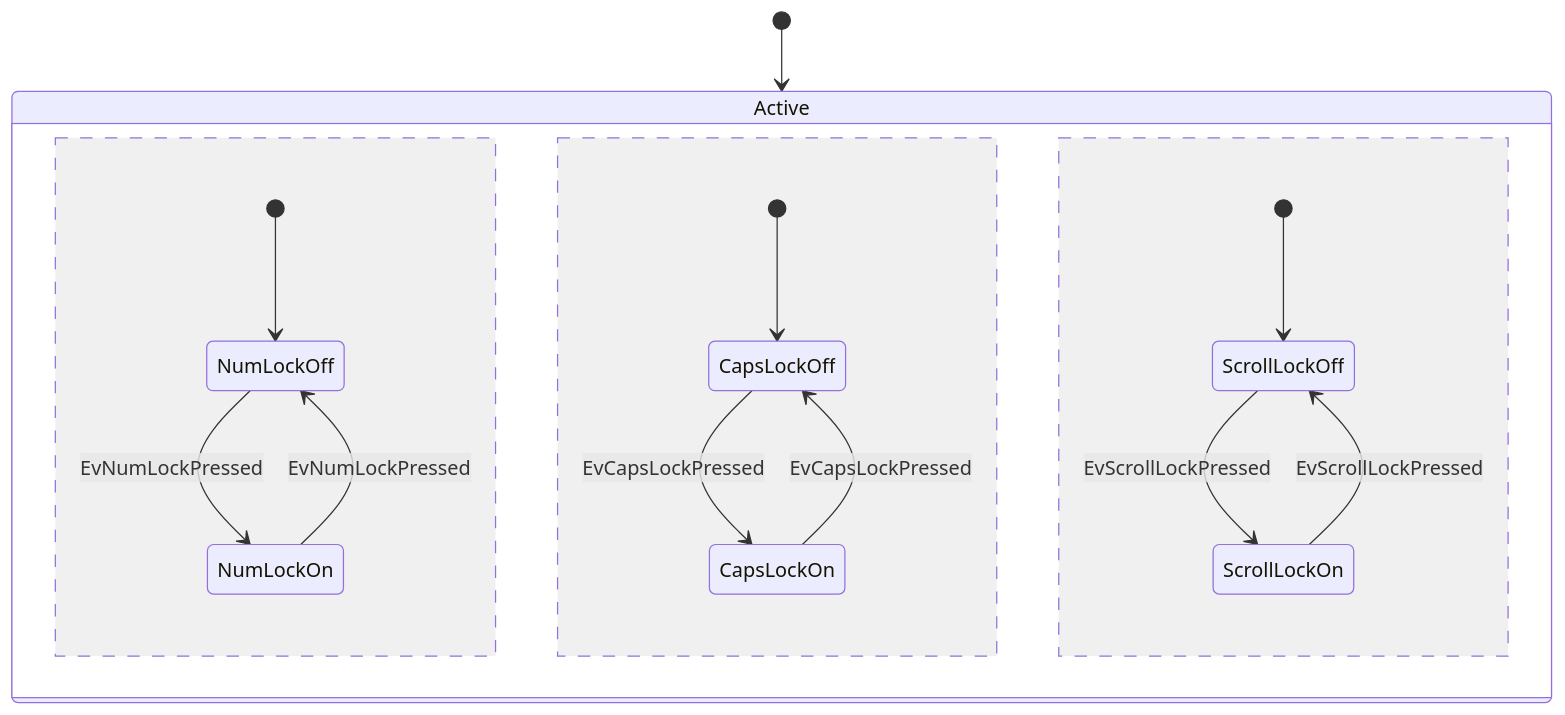
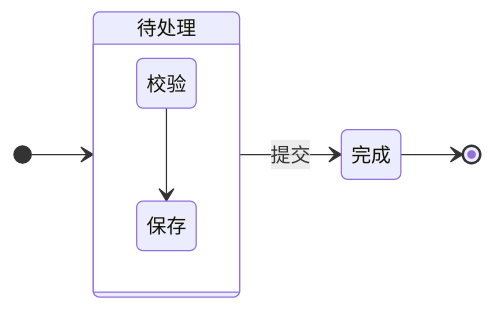
One commit to sj-shijin/hp-rspress changed the fourth of 32 diagrams in site/projects/cinderfolio/pele/index.mdx. Above: the diagram before and after it, drawn with Mermaid. The commit also changed other lines of this file and 6 other files, not shown here.

Commit message:
docs(cinderfolio): 整理分类预览并添加语言图标

````diff
--- a/site/projects/cinderfolio/pele/index.mdx
+++ b/site/projects/cinderfolio/pele/index.mdx
@@ -115,18 +97,10 @@
 ```mermaid
 stateDiagram-v2
-    [*] --> Active
-
-    state Active {
-        [*] --> NumLockOff
-        NumLockOff --> NumLockOn : EvNumLockPressed
-        NumLockOn --> NumLockOff : EvNumLockPressed
-        --
-        [*] --> CapsLockOff
-        CapsLockOff --> CapsLockOn : EvCapsLockPressed
-        CapsLockOn --> CapsLockOff : EvCapsLockPressed
-        --
-        [*] --> ScrollLockOff
-        ScrollLockOff --> ScrollLockOn : EvScrollLockPressed
-        ScrollLockOn --> ScrollLockOff : EvScrollLockPressed
+    direction LR
+    [*] --> 待处理
+    state 待处理 {
+        校验 --> 保存
     }
+    待处理 --> 完成: 提交
+    完成 --> [*]
 ```
````
